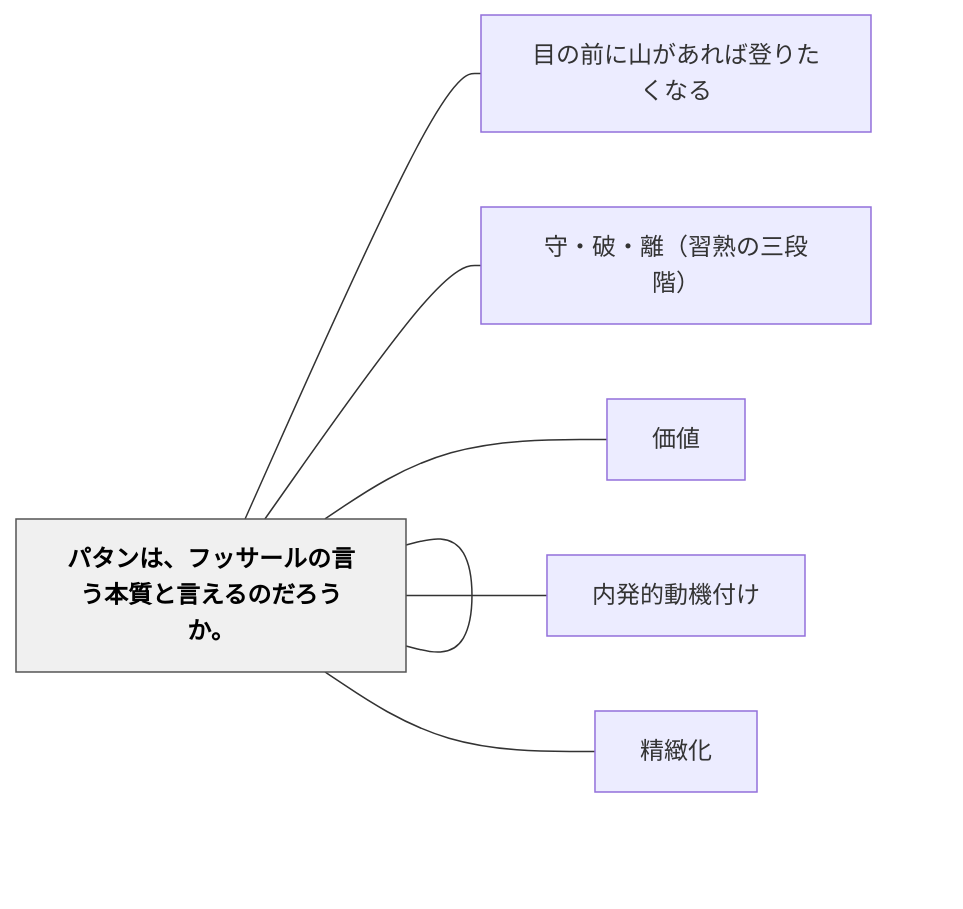
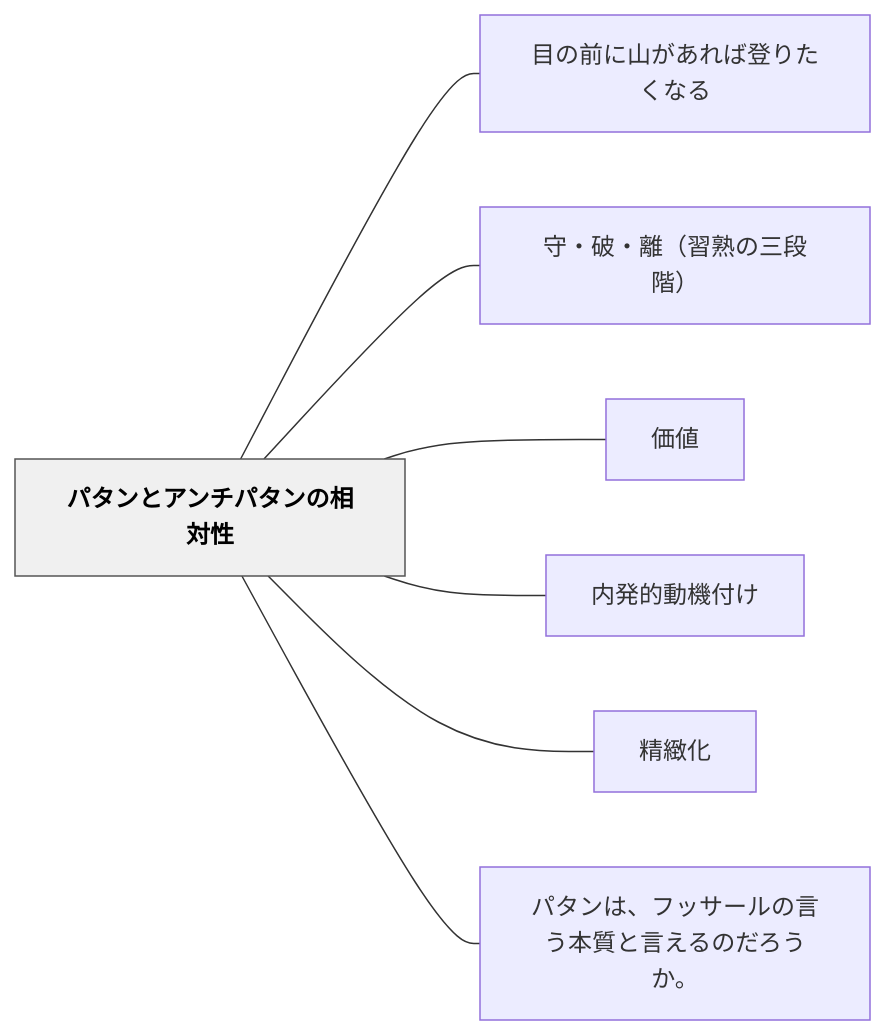
The diagram in content/パタン/パタンとアンチパタンの相対性.md (unknownthings-ed-patterns/unknownthings-ed-patterns), drawn with Mermaid before and after one commit. The commit also changed 527 other files, not shown here.

````diff
--- a/content/パタン/パタンとアンチパタンの相対性.md
+++ b/content/パタン/パタンとアンチパタンの相対性.md
@@ -138,20 +138,20 @@
 ```mermaid
 flowchart LR
-    ne38391e382bf["パタンとアンチパタンの相対性"]
-    ne79baee381ae["目の前に山があれば登りたくなる"]
-    ne5ae88e383bb["守・破・離（習熟の三段階）"]
+    ne38391e382bfe383b3e381a8e382a2e383b3e38381e38391e382bfe383b3e381aee79bb8e5afbee680a7["パタンとアンチパタンの相対性"]
+    ne79baee381aee5898de381abe5b1b1e3818ce38182e3828ce381b0e799bbe3828ae3819fe3818fe381aae3828b["目の前に山があれば登りたくなる"]
+    ne5ae88e383bbe7a0b4e383bbe99ba2efbc88e7bf92e7869fe381aee4b889e6aeb5e99a8eefbc89["守・破・離（習熟の三段階）"]
     ne4bea1e580a4["価値"]
-    ne58685e799ba["内発的動機付け"]
-    ne7b2bee7b7bb["精緻化"]
-    ne38391e382bf["パタンは、フッサールの言う本質と言えるのだろうか。"]
+    ne58685e799bae79a84e58b95e6a99fe4bb98e38191["内発的動機付け"]
+    ne7b2bee7b7bbe58c96["精緻化"]
+    ne38391e382bfe383b3e381afe38081e38395e38383e382b5e383bce383abe381aee8a880e38186e69cace8b3aae381a8e8a880e38188e3828be381aee381a0e3828de38186e3818be38082["パタンは、フッサールの言う本質と言えるのだろうか。"]
 
-    ne38391e382bf --- ne79baee381ae
-    ne38391e382bf --- ne5ae88e383bb
-    ne38391e382bf --- ne4bea1e580a4
-    ne38391e382bf --- ne58685e799ba
-    ne38391e382bf --- ne7b2bee7b7bb
-    ne38391e382bf --- ne38391e382bf
+    ne38391e382bfe383b3e381a8e382a2e383b3e38381e38391e382bfe383b3e381aee79bb8e5afbee680a7 --- ne79baee381aee5898de381abe5b1b1e3818ce38182e3828ce381b0e799bbe3828ae3819fe3818fe381aae3828b
+    ne38391e382bfe383b3e381a8e382a2e383b3e38381e38391e382bfe383b3e381aee79bb8e5afbee680a7 --- ne5ae88e383bbe7a0b4e383bbe99ba2efbc88e7bf92e7869fe381aee4b889e6aeb5e99a8eefbc89
+    ne38391e382bfe383b3e381a8e382a2e383b3e38381e38391e382bfe383b3e381aee79bb8e5afbee680a7 --- ne4bea1e580a4
+    ne38391e382bfe383b3e381a8e382a2e383b3e38381e38391e382bfe383b3e381aee79bb8e5afbee680a7 --- ne58685e799bae79a84e58b95e6a99fe4bb98e38191
+    ne38391e382bfe383b3e381a8e382a2e383b3e38381e38391e382bfe383b3e381aee79bb8e5afbee680a7 --- ne7b2bee7b7bbe58c96
+    ne38391e382bfe383b3e381a8e382a2e383b3e38381e38391e382bfe383b3e381aee79bb8e5afbee680a7 --- ne38391e382bfe383b3e381afe38081e38395e38383e382b5e383bce383abe381aee8a880e38186e69cace8b3aae381a8e8a880e38188e3828be381aee381a0e3828de38186e3818be38082
 
     classDef hub fill:#f0f0f0,stroke:#555,color:#000,font-weight:bold
-    class ne38391e382bf hub
+    class ne38391e382bfe383b3e381a8e382a2e383b3e38381e38391e382bfe383b3e381aee79bb8e5afbee680a7 hub
 ```
````
